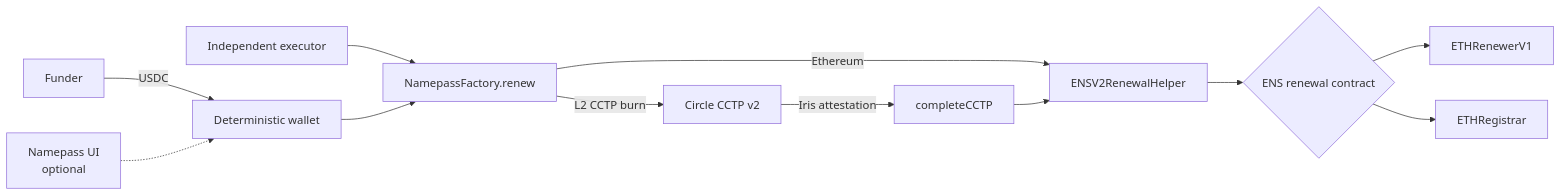
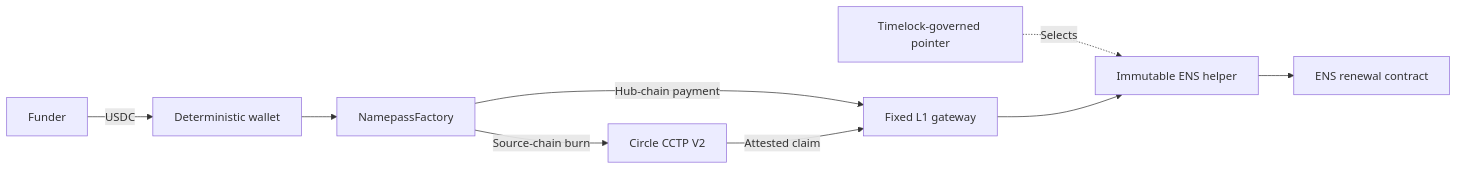
Before and after one commit to WildcardLabs/namepass: the diagram in README.md, drawn with Mermaid. The commit also changed other lines of this file and 27 other files, not shown here.

First line of the commit message:
Fix held-flow evidence and consolidate testnet release documentation (#76)

````diff
--- a/README.md
+++ b/README.md
@@ -45,14 +30,11 @@
 ```mermaid
 flowchart LR
     U[Funder] -->|USDC| W[Deterministic wallet]
-    UI[Namepass UI<br/>optional] -.-> W
-    X[Independent executor] --> F[NamepassFactory.renew]
-    W --> F
-    F -->|Ethereum| H[ENSV2RenewalHelper]
-    F -->|L2 CCTP burn| C[Circle CCTP v2]
-    C -->|Iris attestation| Q[completeCCTP]
-    Q --> H
-    H --> R{ENS renewal contract}
-    R --> V1[ETHRenewerV1]
-    R --> V2[ETHRegistrar]
+    W --> F[NamepassFactory]
+    F -->|Hub-chain payment| G[Fixed L1 gateway]
+    F -->|Source-chain burn| C[Circle CCTP V2]
+    C -->|Attested claim| G
+    P[Timelock-governed pointer] -.->|Selects| H[Immutable ENS helper]
+    G --> H
+    H --> E[ENS renewal contract]
 ```
````
